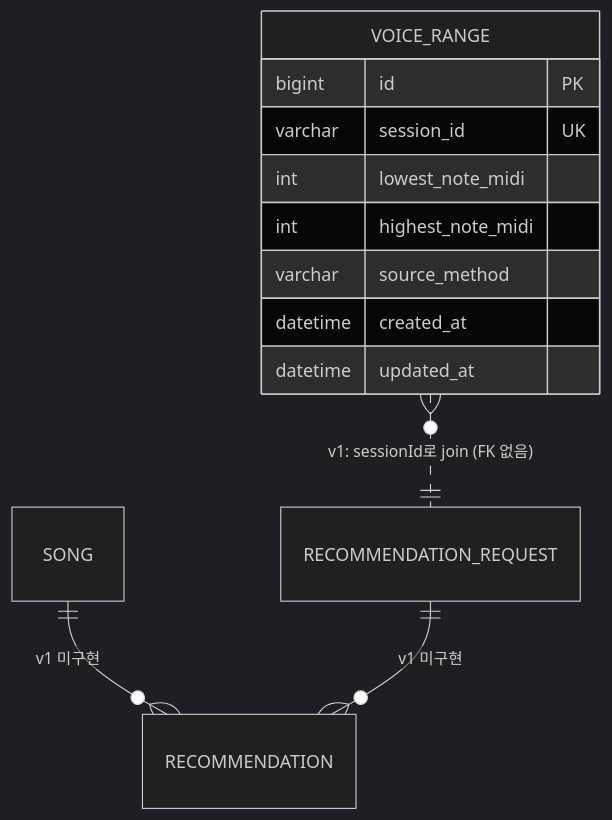
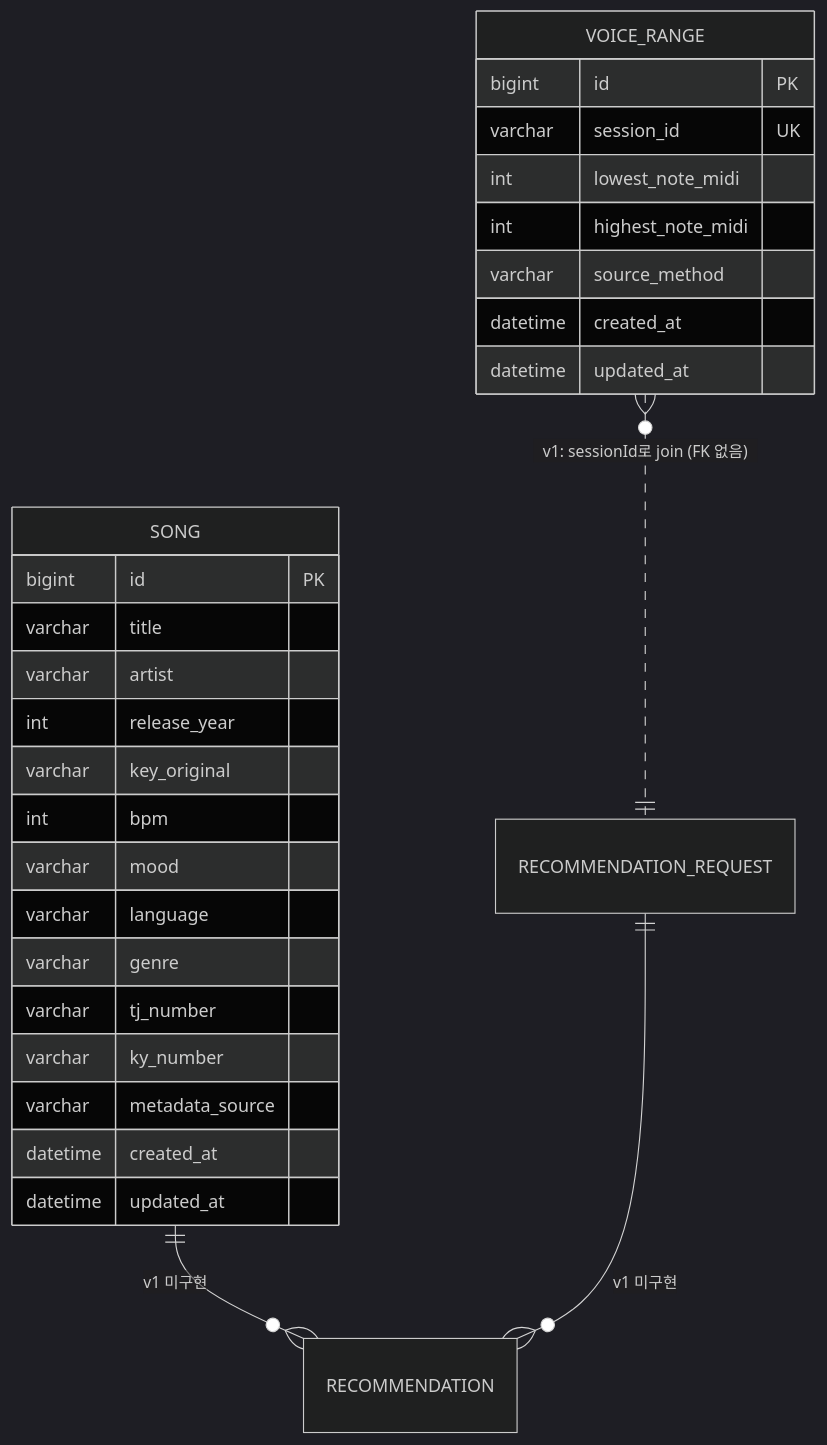
Before and after one commit to goohong/mobruji: the diagram in docs/ai-harness/06-domain-model.md, drawn with Mermaid (dark theme). The commit also changed other lines of this file and 17 other files, not shown here.

````diff
--- a/docs/ai-harness/06-domain-model.md
+++ b/docs/ai-harness/06-domain-model.md
@@ -60,16 +81,33 @@
 ```mermaid
 erDiagram
     VOICE_RANGE {
         bigint id PK
         varchar session_id UK
         int lowest_note_midi
         int highest_note_midi
         varchar source_method
         datetime created_at
         datetime updated_at
     }
 
+    SONG {
+        bigint id PK
+        varchar title
+        varchar artist
+        int release_year
+        varchar key_original
+        int bpm
+        varchar mood
+        varchar language
+        varchar genre
+        varchar tj_number
+        varchar ky_number
+        varchar metadata_source
+        datetime created_at
+        datetime updated_at
+    }
+
     SONG ||--o{ RECOMMENDATION : "v1 미구현"
     RECOMMENDATION_REQUEST ||--o{ RECOMMENDATION : "v1 미구현"
     VOICE_RANGE }o..|| RECOMMENDATION_REQUEST : "v1: sessionId로 join (FK 없음)"
 ```
````
